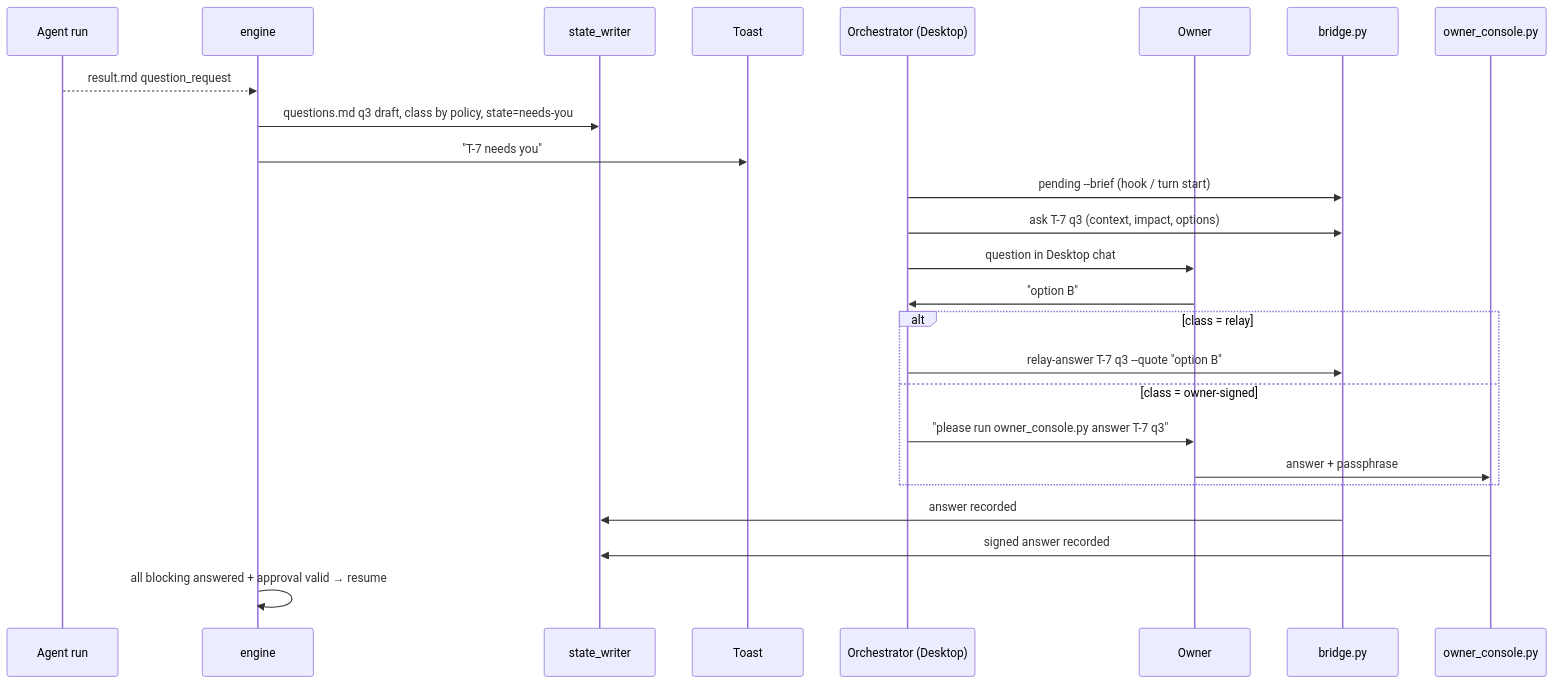
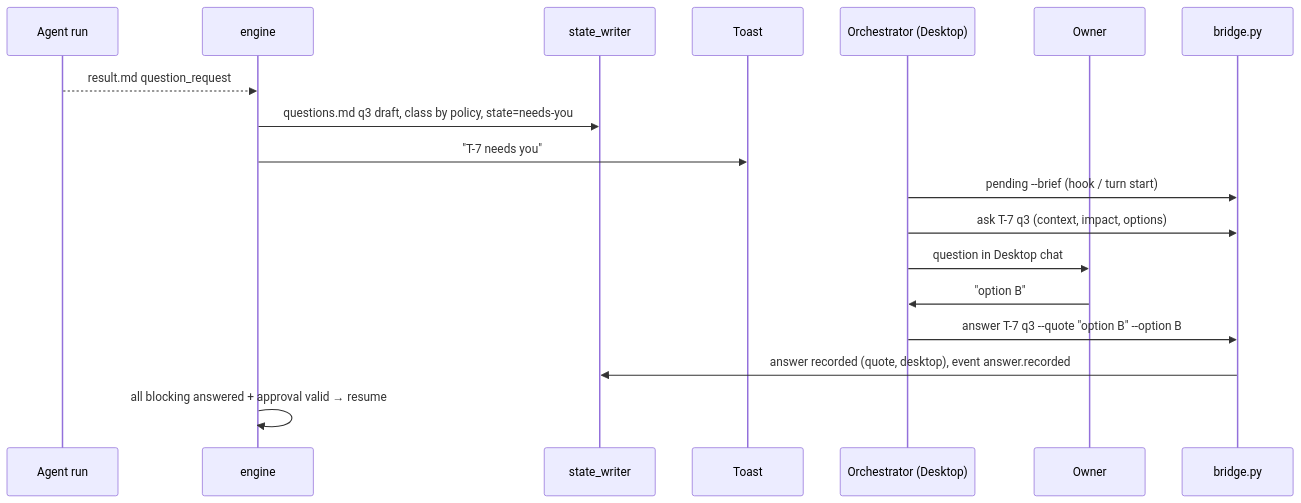
Before and after one commit to wunzent/honeyguide: the sixth of 6 diagrams in docs/ARCHITECTURE.md, drawn with Mermaid. The commit also changed other lines of this file and 38 other files, not shown here.

````diff
--- a/docs/ARCHITECTURE.md
+++ b/docs/ARCHITECTURE.md
@@ -453,27 +398,20 @@
 ```mermaid
 sequenceDiagram
   participant AG as Agent run
   participant ENG as engine
   participant SW as state_writer
   participant N as Toast
   participant ORC as Orchestrator (Desktop)
   participant O as Owner
   participant BR as bridge.py
-  participant OC as owner_console.py
   AG-->>ENG: result.md question_request
   ENG->>SW: questions.md q3 draft, class by policy, state=needs-you
   ENG->>N: "T-7 needs you"
   ORC->>BR: pending --brief (hook / turn start)
   ORC->>BR: ask T-7 q3 (context, impact, options)
   ORC->>O: question in Desktop chat
   O->>ORC: "option B"
-  alt class = relay
-    ORC->>BR: relay-answer T-7 q3 --quote "option B"
-  else class = owner-signed
-    ORC->>O: "please run owner_console.py answer T-7 q3"
-    O->>OC: answer + passphrase
-  end
-  BR->>SW: answer recorded
-  OC->>SW: signed answer recorded
+  ORC->>BR: answer T-7 q3 --quote "option B" --option B
+  BR->>SW: answer recorded (quote, desktop), event answer.recorded
   ENG->>ENG: all blocking answered + approval valid → resume
 ```
````
